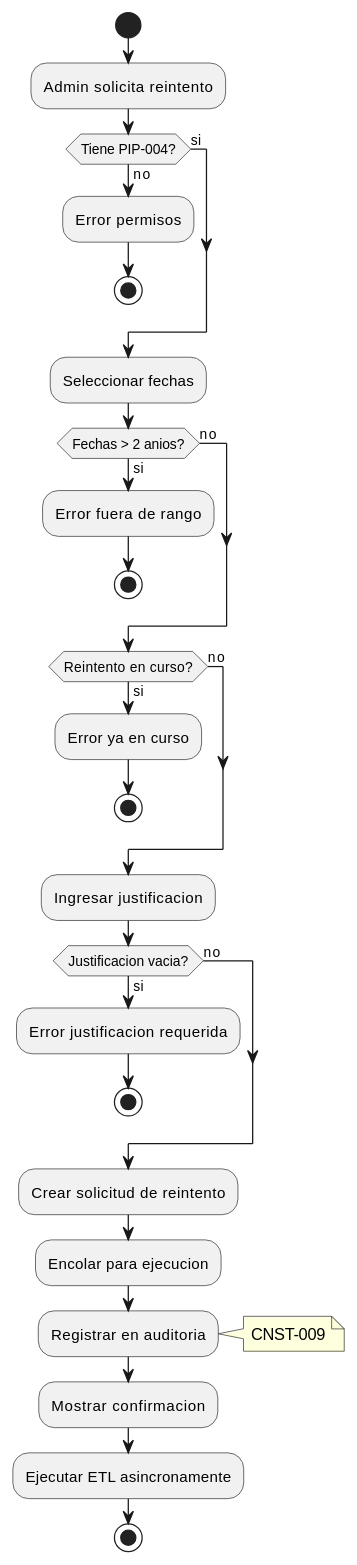
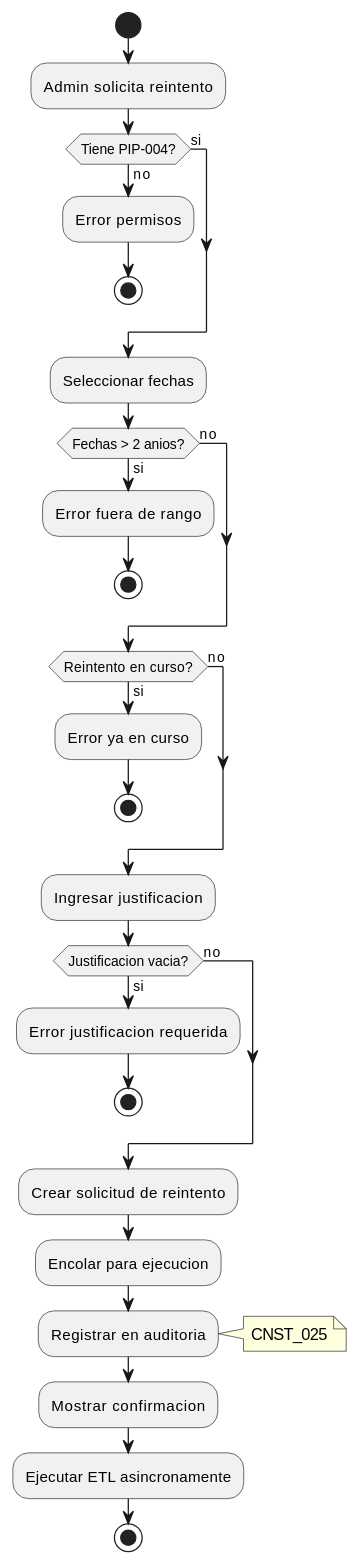
Before and after one commit to jcg-admin/IACT-docs: the third of 3 diagrams in source/requisitos/casos_uso/pipeline/UC_PIP_04_Solicitar_Reintento.rst, drawn with PlantUML. The commit also changed other lines of this file and 67 other files, not shown here.

```diff
--- a/source/requisitos/casos_uso/pipeline/UC_PIP_04_Solicitar_Reintento.rst
+++ b/source/requisitos/casos_uso/pipeline/UC_PIP_04_Solicitar_Reintento.rst
@@ -358,36 +358,36 @@
 .. uml::
    :caption: Diagrama de Actividad - UC_PIP_04
 
    @startuml
    start
    :Admin solicita reintento;
    if (Tiene PIP-004?) then (no)
      :Error permisos;
      stop
    else (si)
    endif
    :Seleccionar fechas;
    if (Fechas > 2 anios?) then (si)
      :Error fuera de rango;
      stop
    else (no)
    endif
    if (Reintento en curso?) then (si)
      :Error ya en curso;
      stop
    else (no)
    endif
    :Ingresar justificacion;
    if (Justificacion vacia?) then (si)
      :Error justificacion requerida;
      stop
    else (no)
    endif
    :Crear solicitud de reintento;
    :Encolar para ejecucion;
    :Registrar en auditoria;
-   note right: CNST-009
+   note right: CNST_025
    :Mostrar confirmacion;
    :Ejecutar ETL asincronamente;
    stop
    @enduml
```
